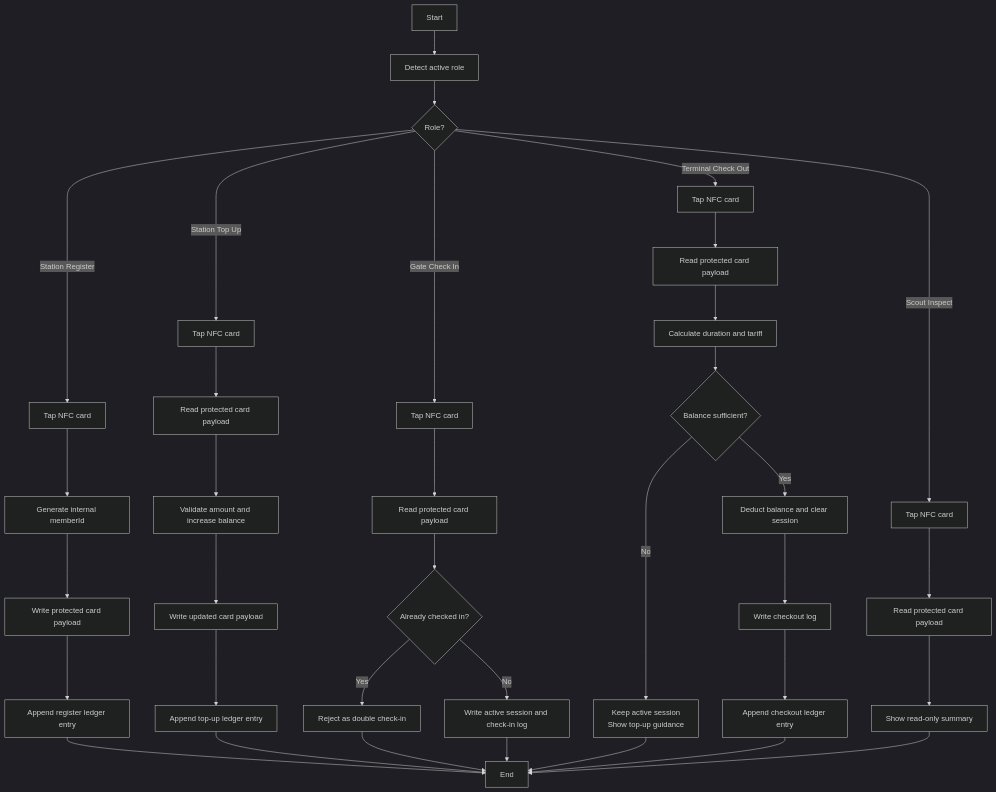
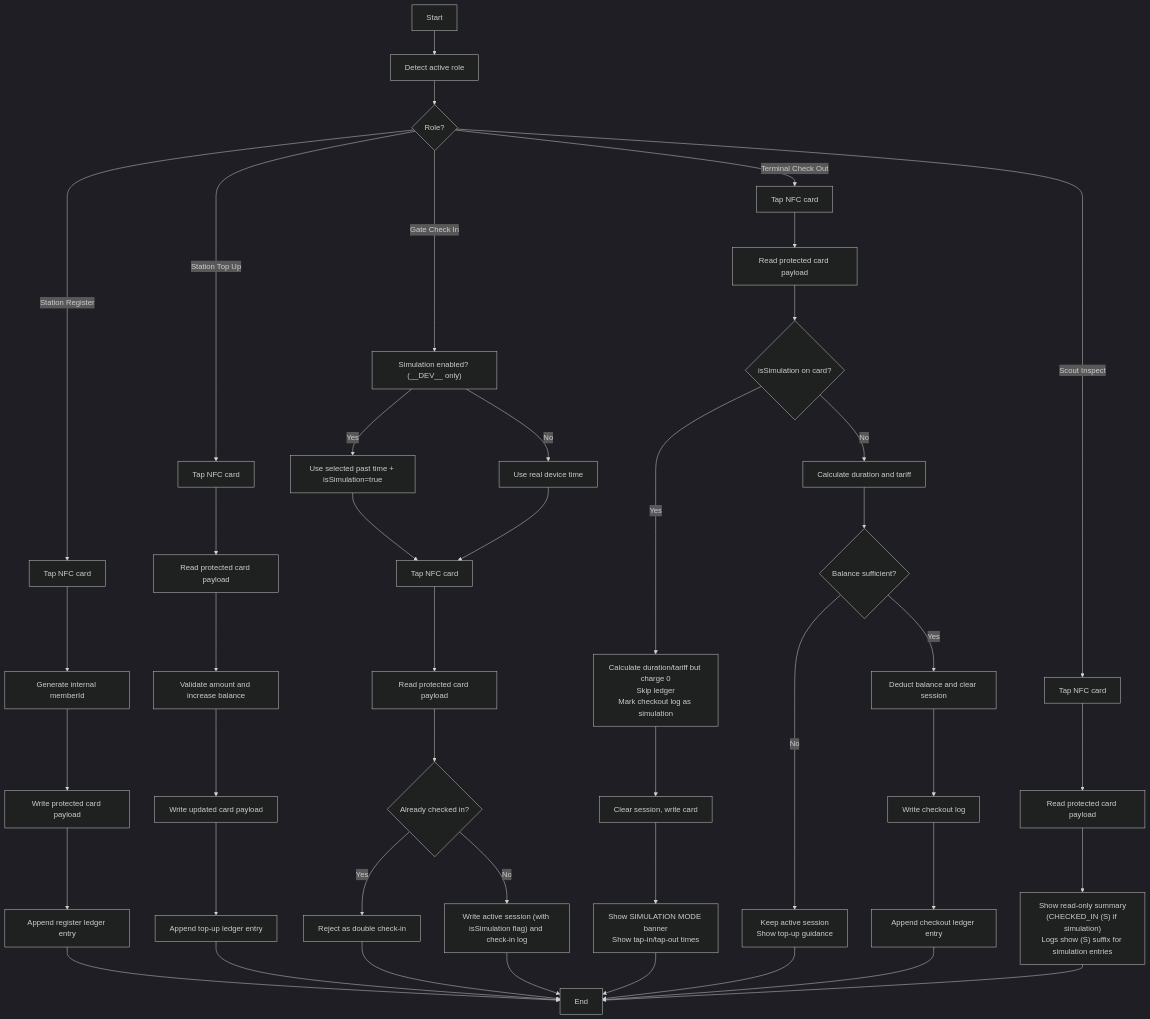
The ninth of 9 diagrams in .codex/specs/UML_SYSTEM_DIAGRAMS.md (Schitzos/mbc-nfc), drawn with Mermaid (dark theme) before and after one commit. The commit also changed other lines of this file and 15 other files, not shown here.

First line of the commit message:
docs: update specs and UML for simulation mode

````diff
--- a/.codex/specs/UML_SYSTEM_DIAGRAMS.md
+++ b/.codex/specs/UML_SYSTEM_DIAGRAMS.md
@@ -208,42 +231,51 @@
 ```mermaid
 flowchart TD
   A["Start"] --> B["Detect active role"]
   B --> C{"Role?"}
 
   C -->|Station Register| D["Tap NFC card"]
   D --> E["Generate internal memberId"]
   E --> F["Write protected card payload"]
   F --> G["Append register ledger entry"]
   G --> Z["End"]
 
   C -->|Station Top Up| H["Tap NFC card"]
   H --> I["Read protected card payload"]
   I --> J["Validate amount and increase balance"]
   J --> K["Write updated card payload"]
   K --> L["Append top-up ledger entry"]
   L --> Z
 
-  C -->|Gate Check In| M["Tap NFC card"]
-  M --> N["Read protected card payload"]
+  C -->|Gate Check In| M["Simulation enabled? (__DEV__ only)"]
+  M -->|Yes| M1["Use selected past time + isSimulation=true"]
+  M -->|No| M2["Use real device time"]
+  M1 --> M3["Tap NFC card"]
+  M2 --> M3
+  M3 --> N["Read protected card payload"]
   N --> O{"Already checked in?"}
   O -->|Yes| P["Reject as double check-in"]
   P --> Z
-  O -->|No| Q["Write active session and check-in log"]
+  O -->|No| Q["Write active session (with isSimulation flag) and check-in log"]
   Q --> Z
 
   C -->|Terminal Check Out| R["Tap NFC card"]
   R --> S["Read protected card payload"]
-  S --> T["Calculate duration and tariff"]
+  S --> S1{"isSimulation on card?"}
+  S1 -->|Yes| S2["Calculate duration/tariff but charge 0\nSkip ledger\nMark checkout log as simulation"]
+  S2 --> S3["Clear session, write card"]
+  S3 --> S4["Show SIMULATION MODE banner\nShow tap-in/tap-out times"]
+  S4 --> Z
+  S1 -->|No| T["Calculate duration and tariff"]
   T --> U{"Balance sufficient?"}
   U -->|No| V["Keep active session\nShow top-up guidance"]
   V --> Z
   U -->|Yes| W["Deduct balance and clear session"]
   W --> X["Write checkout log"]
   X --> Y["Append checkout ledger entry"]
   Y --> Z
 
   C -->|Scout Inspect| AA["Tap NFC card"]
   AA --> AB["Read protected card payload"]
-  AB --> AC["Show read-only summary"]
+  AB --> AC["Show read-only summary\n(CHECKED_IN (S) if simulation)\nLogs show (S) suffix for simulation entries"]
   AC --> Z
 ```
````
